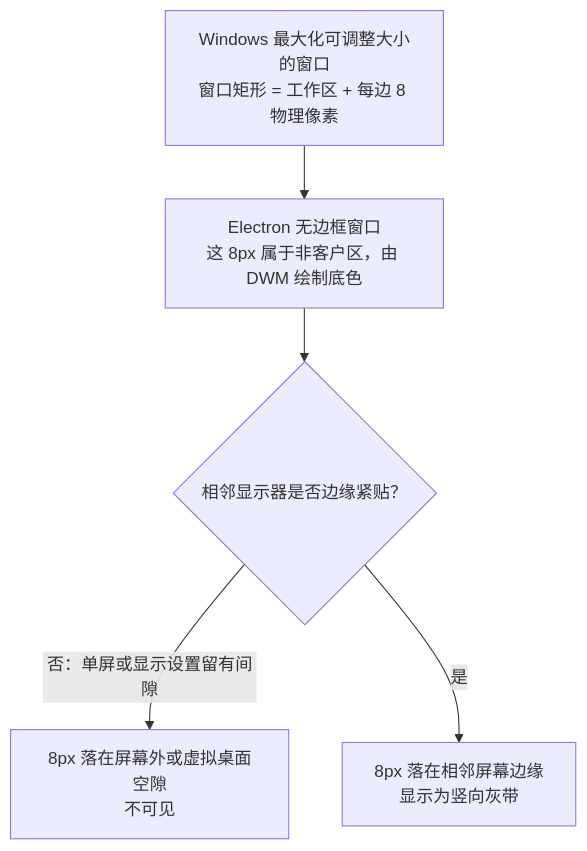
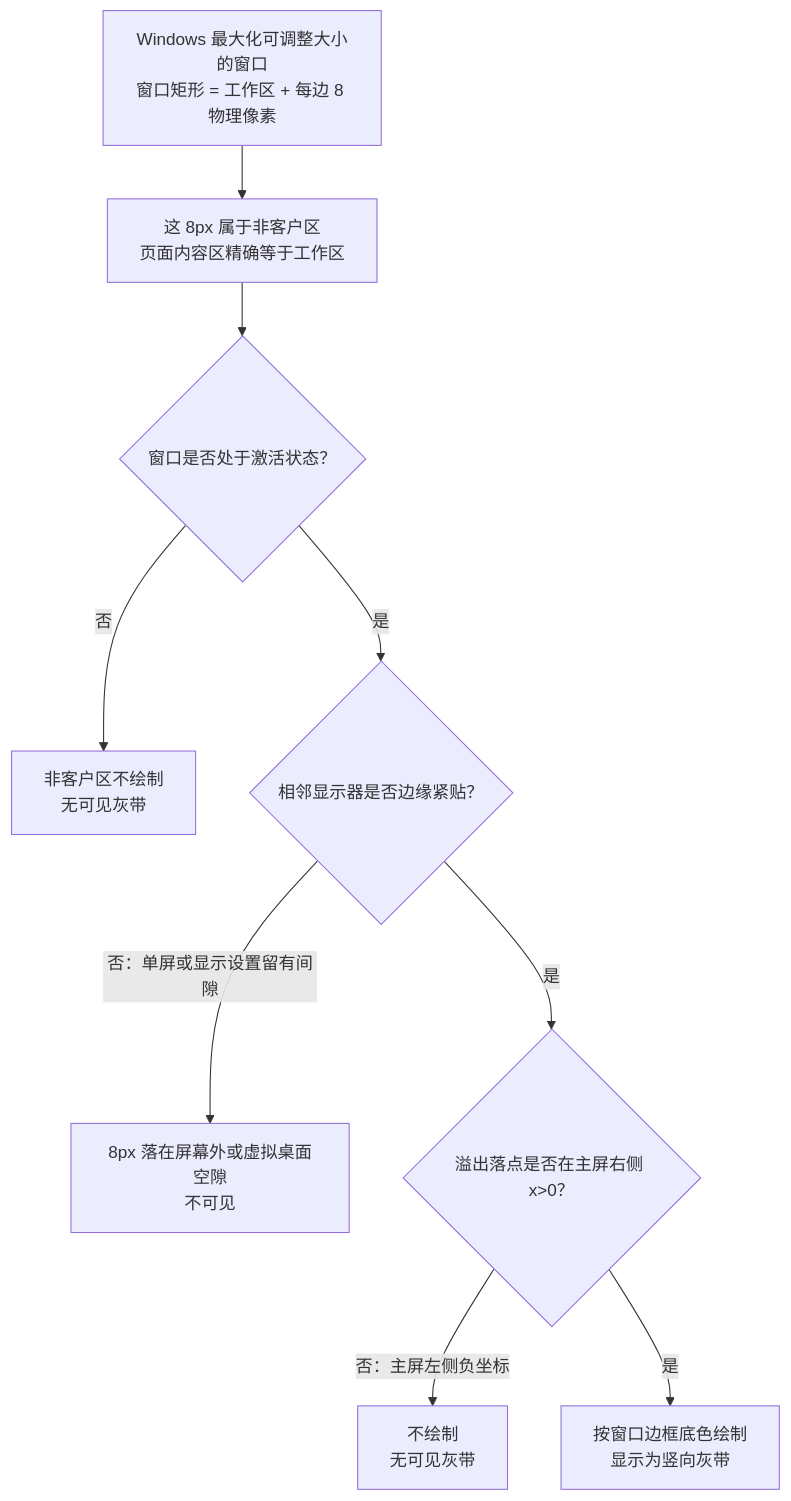
One commit to Harley-xk/mark-it changed the diagram in docs/文件与窗口/最大化窗口跨屏溢出问题说明.md. Above: the diagram before and after it, drawn with Mermaid. The commit also changed other lines of this file and 1 other file, not shown here.

````diff
--- a/docs/文件与窗口/最大化窗口跨屏溢出问题说明.md
+++ b/docs/文件与窗口/最大化窗口跨屏溢出问题说明.md
@@ -79,7 +116,11 @@
 ```mermaid
 flowchart TD
-  A["Windows 最大化可调整大小的窗口<br/>窗口矩形 = 工作区 + 每边 8 物理像素"] --> B["Electron 无边框窗口<br/>这 8px 属于非客户区，由 DWM 绘制底色"]
-  B --> C{"相邻显示器是否边缘紧贴？"}
-  C -->|"否：单屏或显示设置留有间隙"| D["8px 落在屏幕外或虚拟桌面空隙<br/>不可见"]
-  C -->|"是"| E["8px 落在相邻屏幕边缘<br/>显示为竖向灰带"]
+  A["Windows 最大化可调整大小的窗口<br/>窗口矩形 = 工作区 + 每边 8 物理像素"] --> B["这 8px 属于非客户区<br/>页面内容区精确等于工作区"]
+  B --> C{"窗口是否处于激活状态？"}
+  C -->|"否"| D["非客户区不绘制<br/>无可见灰带"]
+  C -->|"是"| E{"相邻显示器是否边缘紧贴？"}
+  E -->|"否：单屏或显示设置留有间隙"| F["8px 落在屏幕外或虚拟桌面空隙<br/>不可见"]
+  E -->|"是"| H{"溢出落点是否在主屏右侧 x>0？"}
+  H -->|"否：主屏左侧负坐标"| I["不绘制<br/>无可见灰带"]
+  H -->|"是"| G["按窗口边框底色绘制<br/>显示为竖向灰带"]
 ```
````
